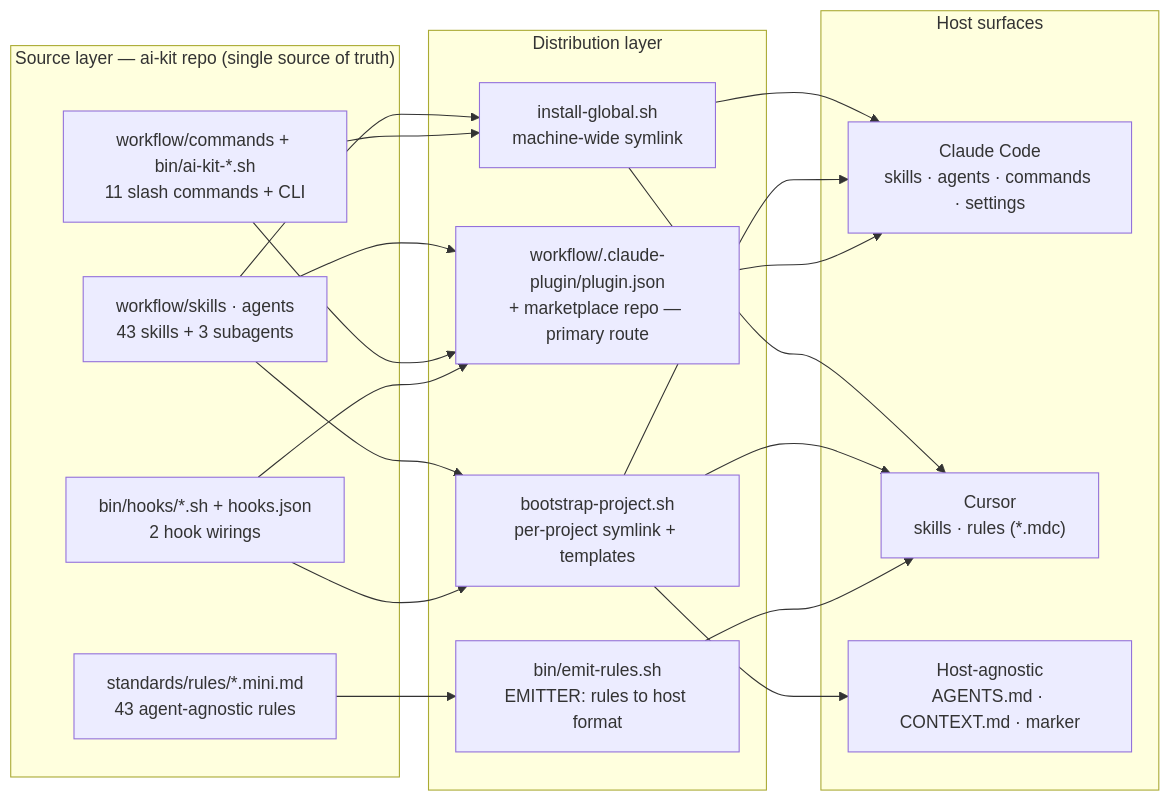
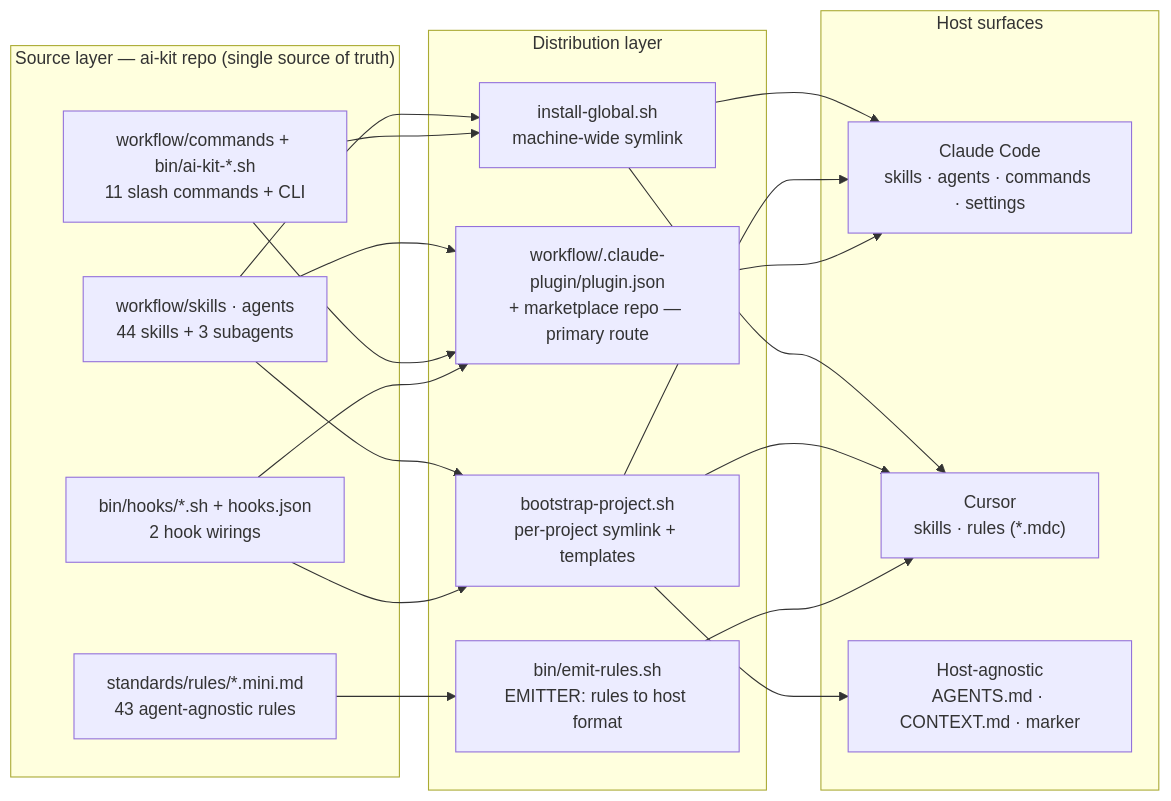
The first of 2 diagrams in docs/diagrams.md (yusufkaracaburun/ai-kit), drawn with Mermaid before and after one commit. The commit also changed 13 other files, not shown here.

````diff
--- a/docs/diagrams.md
+++ b/docs/diagrams.md
@@ -10,32 +10,32 @@
 ```mermaid
 flowchart LR
   subgraph SRC["Source layer — ai-kit repo (single source of truth)"]
-    SA["workflow/skills · agents<br/>43 skills + 3 subagents"]
+    SA["workflow/skills · agents<br/>44 skills + 3 subagents"]
     CB["workflow/commands + bin/ai-kit-*.sh<br/>11 slash commands + CLI"]
     H["bin/hooks/*.sh + hooks.json<br/>2 hook wirings"]
     R["standards/rules/*.mini.md<br/>43 agent-agnostic rules"]
   end
 
   subgraph DIST["Distribution layer"]
     IG["install-global.sh<br/>machine-wide symlink"]
     PL["workflow/.claude-plugin/plugin.json<br/>+ marketplace repo — primary route"]
     BP["bootstrap-project.sh<br/>per-project symlink + templates"]
     ER["bin/emit-rules.sh<br/>EMITTER: rules to host format"]
   end
 
   subgraph HOSTS["Host surfaces"]
     CC["Claude Code<br/>skills · agents · commands · settings"]
     CU["Cursor<br/>skills · rules (*.mdc)"]
     HA["Host-agnostic<br/>AGENTS.md · CONTEXT.md · marker"]
   end
 
   SA --> IG & BP & PL
   CB --> IG & PL
   H --> PL & BP
   R --> ER
 
   IG --> CC & CU
   BP --> CC & CU & HA
   PL --> CC
   ER --> CU
 ```
````
